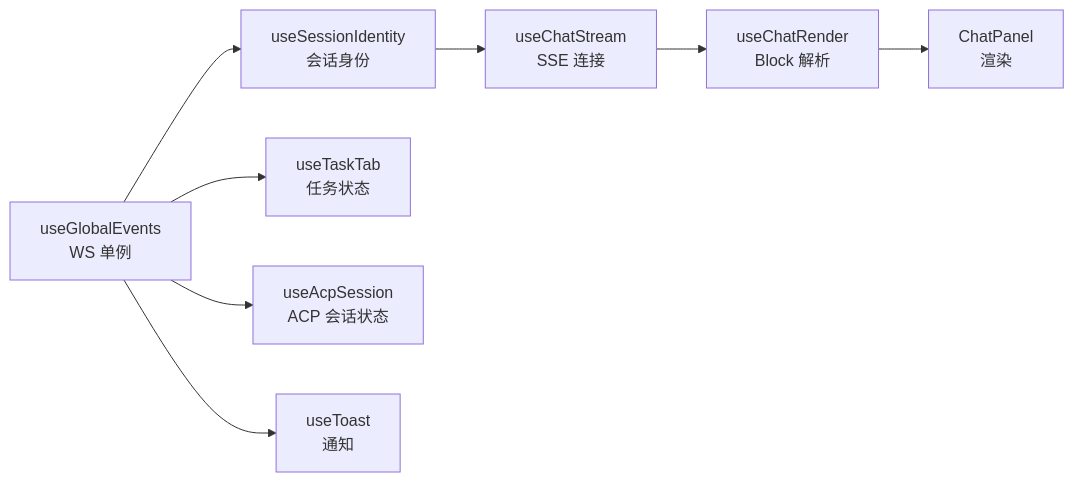
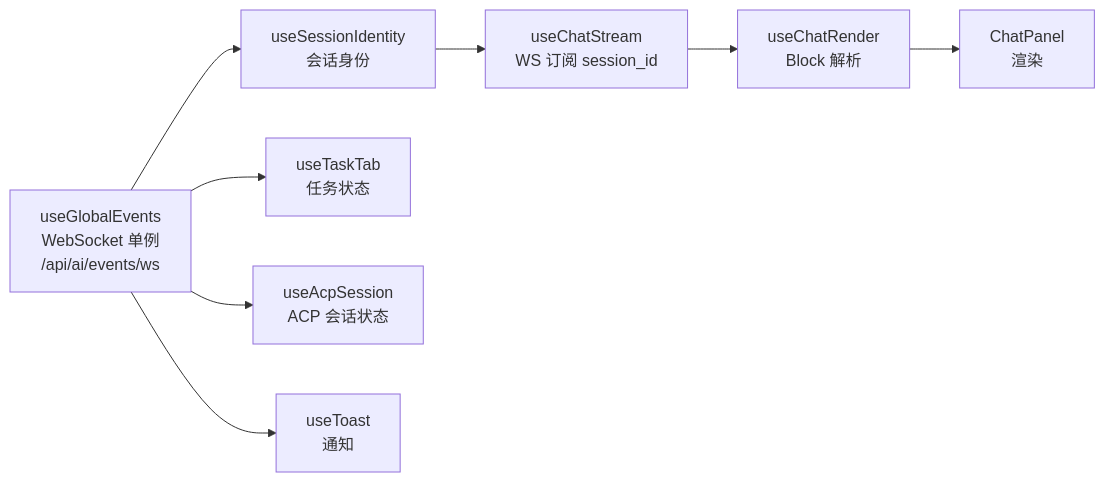
The second of 2 diagrams in docs/spec/client/frontend-architecture.md (clawbench-dev/clawbench), drawn with Mermaid before and after one commit. The commit also changed other lines of this file and 15 other files, not shown here.

````diff
--- a/docs/spec/client/frontend-architecture.md
+++ b/docs/spec/client/frontend-architecture.md
@@ -24,11 +24,11 @@
 ```mermaid
 flowchart LR
-    A[useGlobalEvents<br/>WS 单例] --> B[useSessionIdentity<br/>会话身份]
-    B --> C[useChatStream<br/>SSE 连接]
+    A[useGlobalEvents<br/>WebSocket 单例<br/>/api/ai/events/ws] --> B[useSessionIdentity<br/>会话身份]
+    B --> C[useChatStream<br/>WS 订阅 session_id]
     C --> D[useChatRender<br/>Block 解析]
     D --> E[ChatPanel<br/>渲染]
 
     A --> F[useTaskTab<br/>任务状态]
     A --> G[useAcpSession<br/>ACP 会话状态]
     A --> H[useToast<br/>通知]
 ```
````
